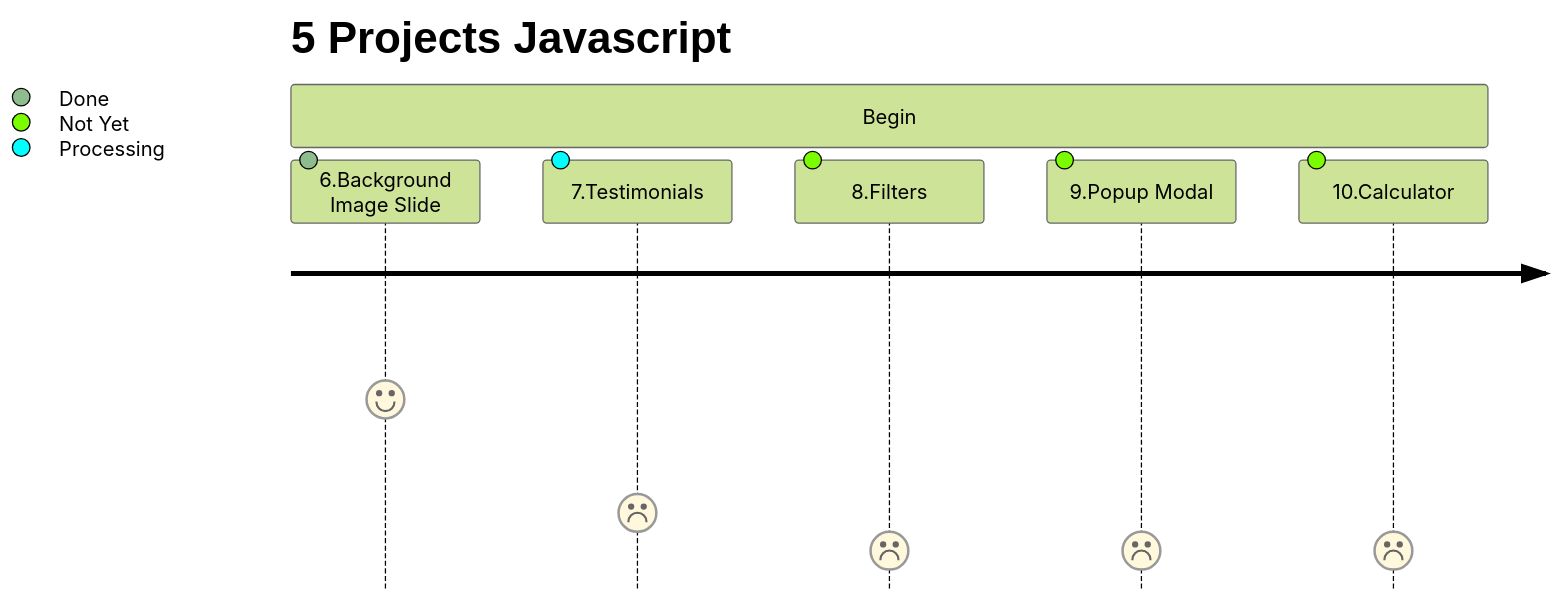
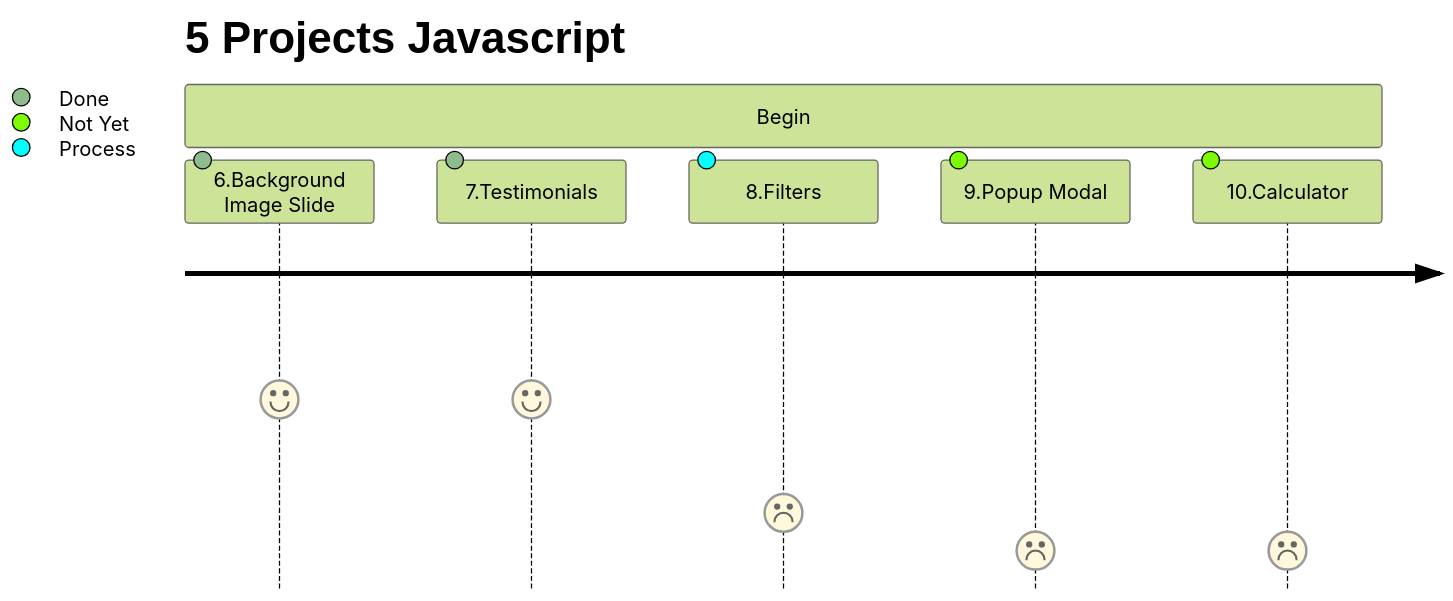
The second of 2 diagrams in README.md (nguyenquangos0302/practice-100-more-javascript-project), drawn with Mermaid (forest theme) before and after one commit. The commit also changed 15 other files, not shown here.

````diff
--- a/README.md
+++ b/README.md
@@ -12,10 +12,10 @@
 ```mermaid
 journey
     title 5 Projects Javascript
     section Begin
       6.Background Image Slide: 5: Done
-      7.Testimonials: 2: Processing
-      8.Filters: 1: Not Yet
+      7.Testimonials: 5: Done
+      8.Filters: 2: Process
       9.Popup Modal: 1: Not Yet
       10.Calculator: 1: Not Yet
 ```
````
